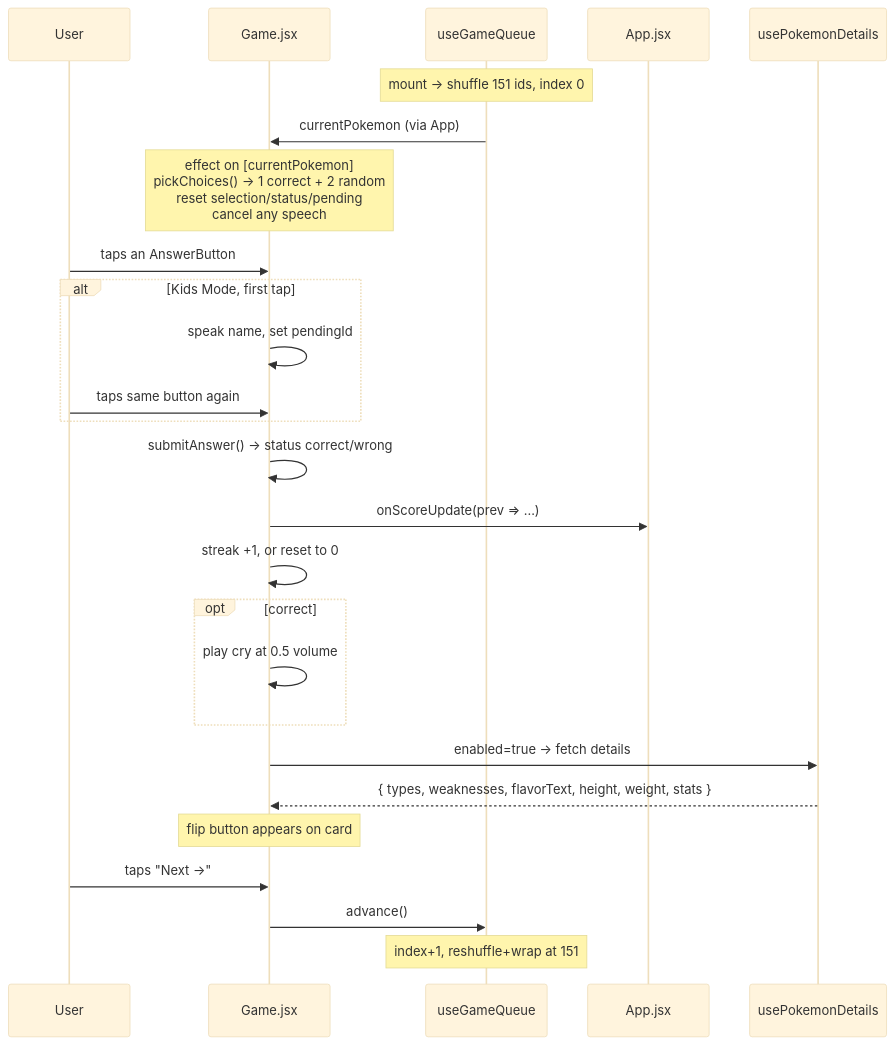
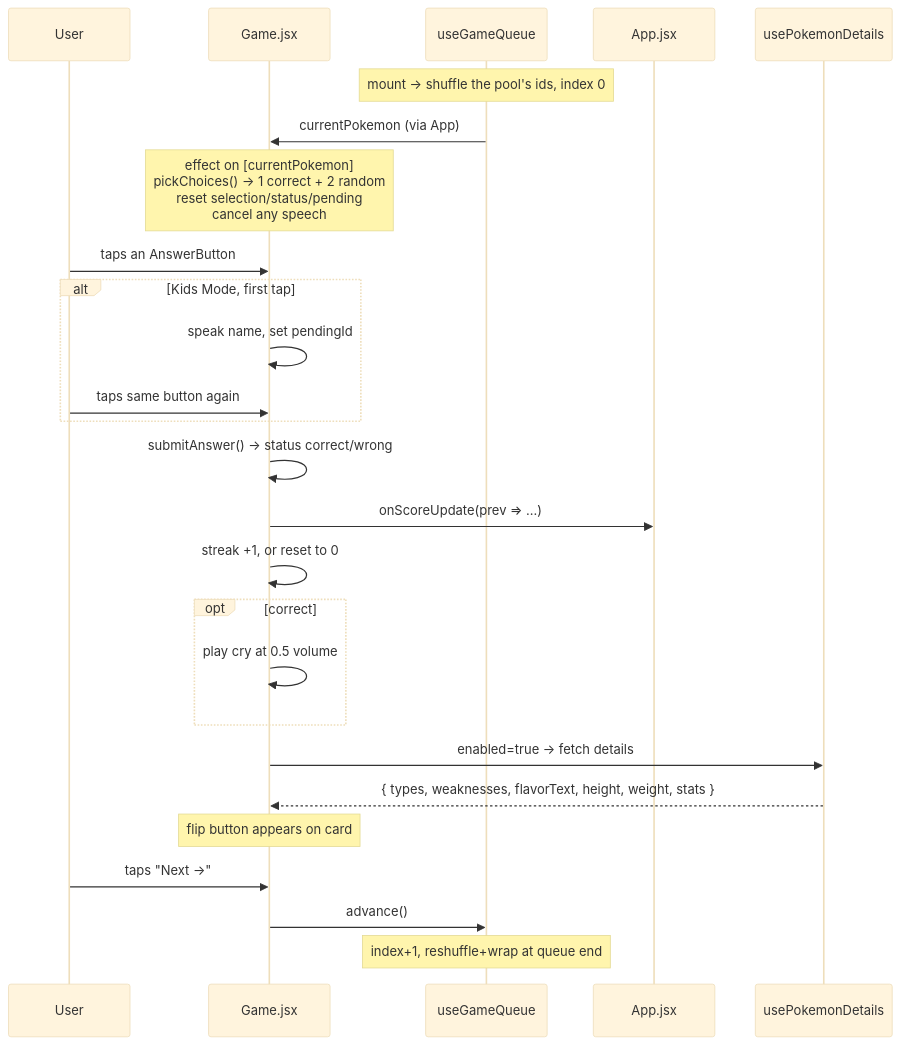
Before and after one commit to shaneo711/pokemon-picker: the second of 2 diagrams in docs/ARCHITECTURE.md, drawn with Mermaid (base theme). The commit also changed other lines of this file and 10 other files, not shown here.

````diff
--- a/docs/ARCHITECTURE.md
+++ b/docs/ARCHITECTURE.md
@@ -308,30 +346,30 @@
 ```mermaid
 sequenceDiagram
     participant U as User
     participant G as Game.jsx
     participant Q as useGameQueue
     participant A as App.jsx
     participant P as usePokemonDetails
 
-    Note over Q: mount → shuffle 151 ids, index 0
+    Note over Q: mount → shuffle the pool's ids, index 0
     Q->>G: currentPokemon (via App)
     Note over G: effect on [currentPokemon]<br/>pickChoices() → 1 correct + 2 random<br/>reset selection/status/pending<br/>cancel any speech
 
     U->>G: taps an AnswerButton
     alt Kids Mode, first tap
         G->>G: speak name, set pendingId
         U->>G: taps same button again
     end
     G->>G: submitAnswer() → status correct/wrong
     G->>A: onScoreUpdate(prev => ...)
     G->>G: streak +1, or reset to 0
     opt correct
         G->>G: play cry at 0.5 volume
     end
     G->>P: enabled=true → fetch details
     P-->>G: { types, weaknesses, flavorText, height, weight, stats }
     Note over G: flip button appears on card
     U->>G: taps "Next →"
     G->>Q: advance()
-    Note over Q: index+1, reshuffle+wrap at 151
+    Note over Q: index+1, reshuffle+wrap at queue end
 ```
````
